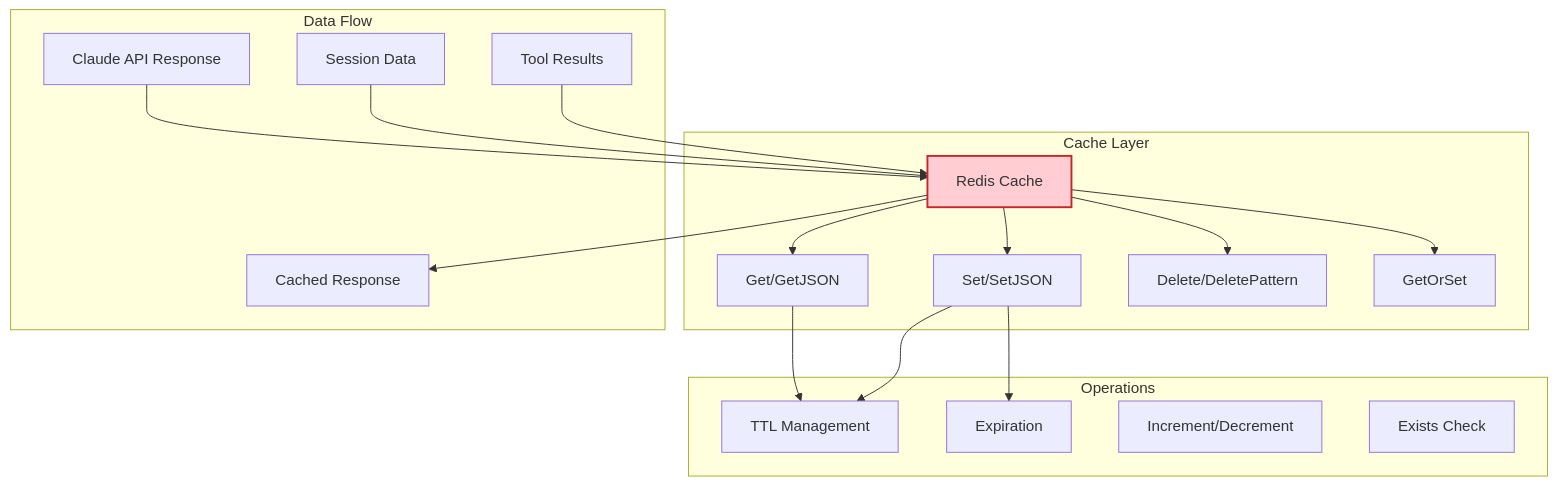
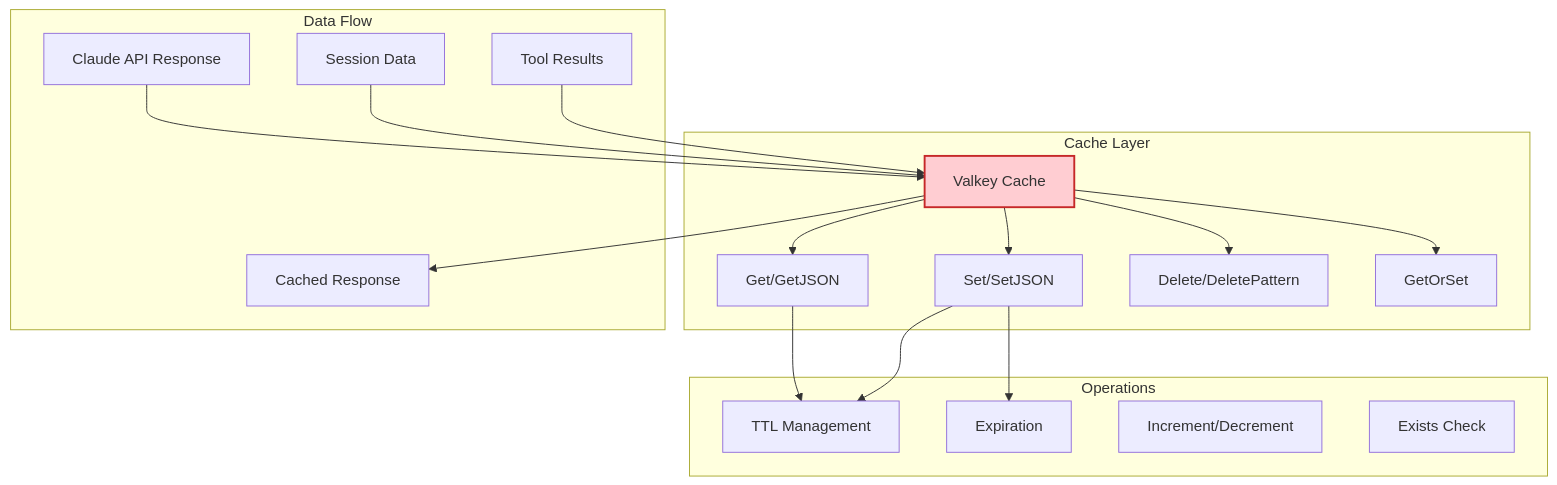
One commit to telemetryflow/telemetryflow-overview changed diagram 18 of 30 in mcp/ARCHITECTURE.md. Above: the diagram before and after it, drawn with Mermaid. The commit also changed other lines of this file and 23 other files, not shown here.

First line of the commit message:
docs: relabel Redis->Valkey in architecture/diagrams/prose (follow-up sweep)

````diff
--- a/mcp/ARCHITECTURE.md
+++ b/mcp/ARCHITECTURE.md
@@ -829,34 +829,34 @@
 ```mermaid
 graph TB
     subgraph "Cache Layer"
-        CACHE[Redis Cache]
+        CACHE[Valkey Cache]
         GET[Get/GetJSON]
         SET[Set/SetJSON]
         DEL[Delete/DeletePattern]
         GOS[GetOrSet]
     end
 
     subgraph "Operations"
         TTL[TTL Management]
         EXPIRE[Expiration]
         INCR[Increment/Decrement]
         EXISTS[Exists Check]
     end
 
     subgraph "Data Flow"
         API[Claude API Response] --> CACHE
         CACHE --> RESP[Cached Response]
         SESSION[Session Data] --> CACHE
         TOOL[Tool Results] --> CACHE
     end
 
     GET --> TTL
     SET --> TTL
     SET --> EXPIRE
     CACHE --> GET
     CACHE --> SET
     CACHE --> DEL
     CACHE --> GOS
 
     style CACHE fill:#FFCDD2,stroke:#C62828,stroke-width:2px
 ```
````
